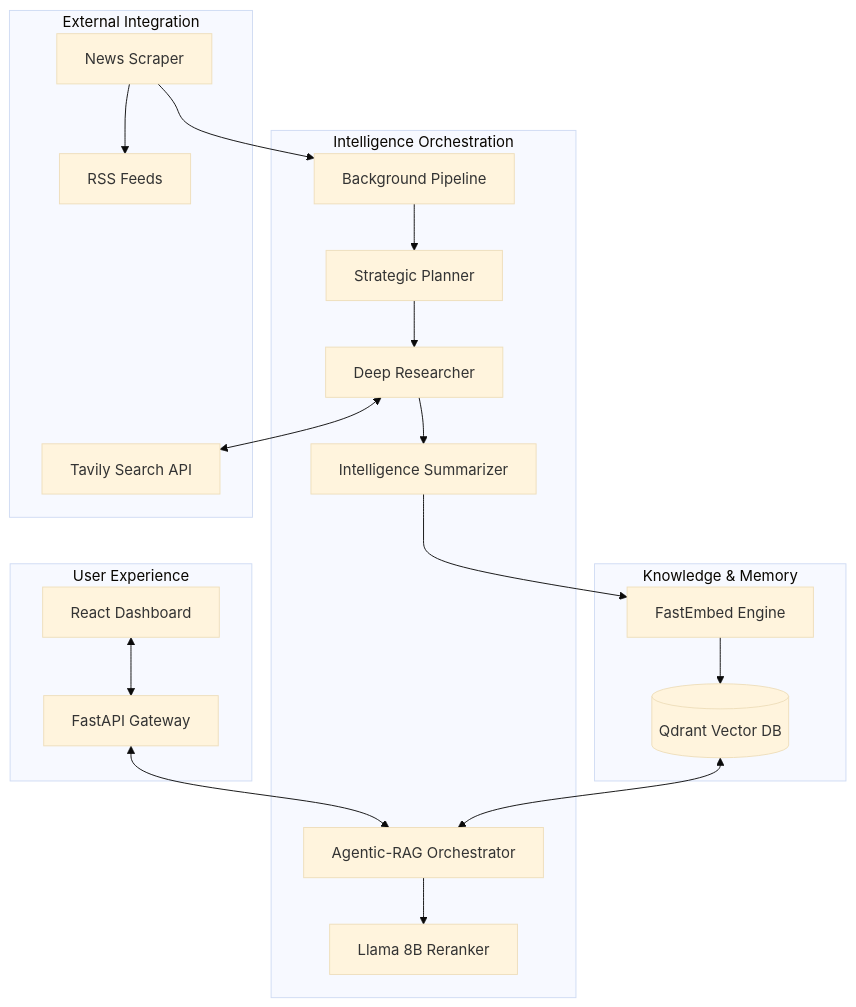
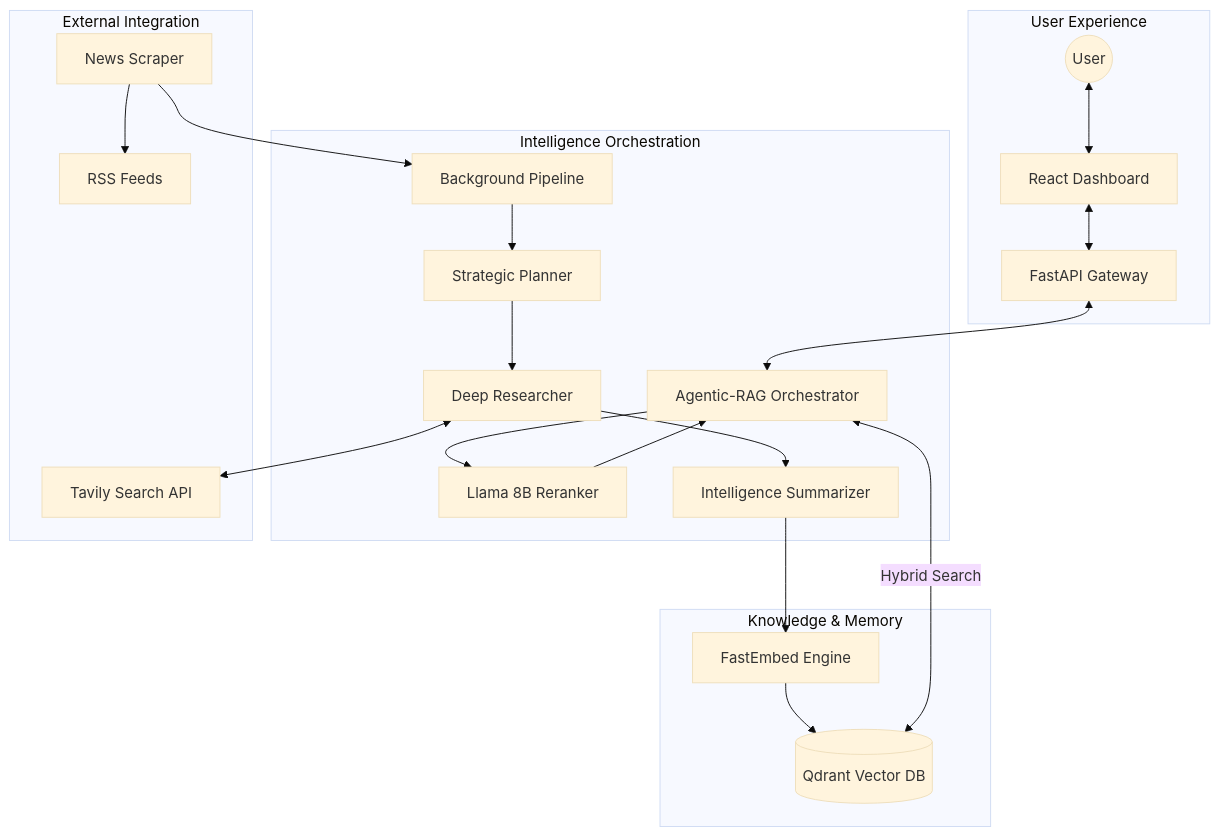
One commit to flxhrdyn/Sekilas.ai changed the diagram in README.md. Above: the diagram before and after it, drawn with Mermaid (base theme). The commit also changed other lines of this file, not shown here.

Commit message:
docs: finalize unified agentic architecture diagram

````diff
--- a/README.md
+++ b/README.md
@@ -60,27 +60,29 @@
 ```mermaid
 graph TB
     subgraph UI_Layer [User Experience]
-        UI[React Dashboard] <--> API[FastAPI Gateway]
+        User((User)) <--> UI[React Dashboard]
+        UI <--> API[FastAPI Gateway]
     end
 
     subgraph Agent_Orchestration [Intelligence Orchestration]
         API <--> QA_Agent[Agentic-RAG Orchestrator]
         QA_Agent --> Rerank[Llama 8B Reranker]
+        Rerank --> QA_Agent
         
         Pipeline[Background Pipeline] --> Planner[Strategic Planner]
         Planner --> Research[Deep Researcher]
         Research --> Summarize[Intelligence Summarizer]
     end
 
     subgraph Knowledge_Memory [Knowledge & Memory]
         Summarize --> Embed[FastEmbed Engine]
         Embed --> QDR[(Qdrant Vector DB)]
-        QDR <--> QA_Agent
+        QA_Agent <-->|Hybrid Search| QDR
     end
 
     subgraph External_Integrations [External Integration]
         Research <--> Tavily[Tavily Search API]
         Scraper[News Scraper] --> RSS[RSS Feeds]
         Scraper --> Pipeline
     end
 ```
````
